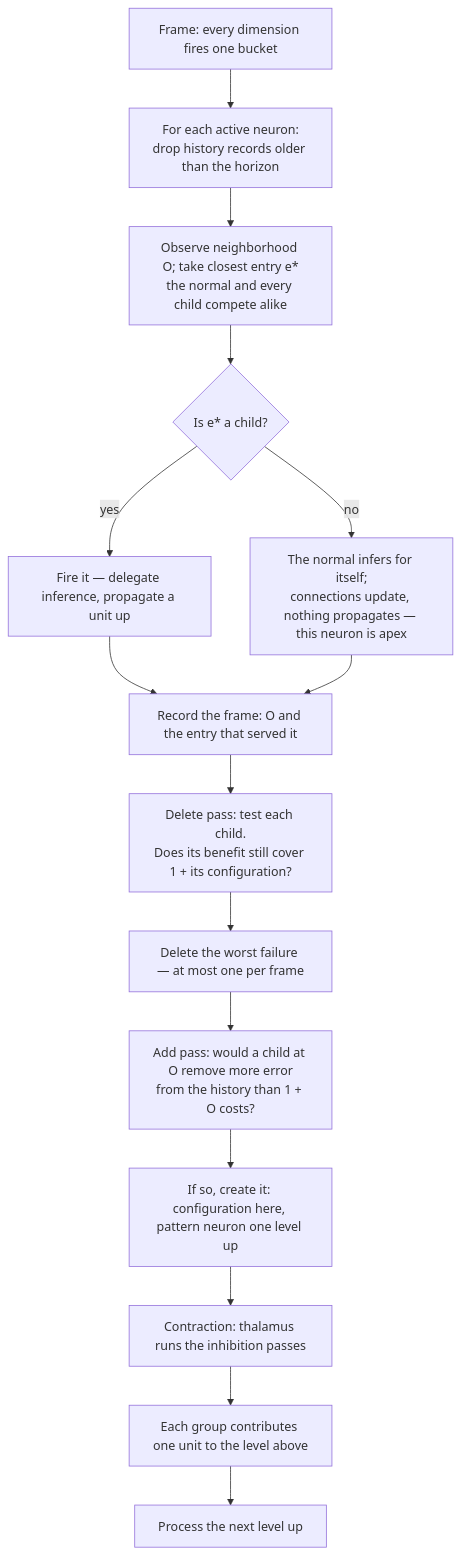
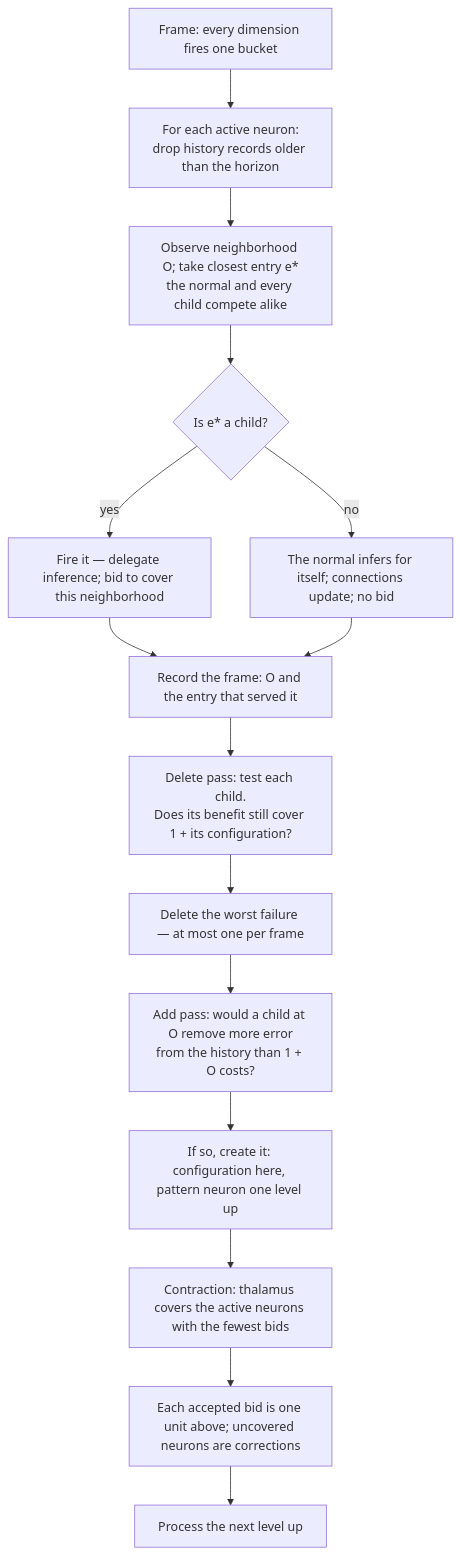
The diagram in docs/algorithm.md (cucar/robot_brain), drawn with Mermaid before and after one commit. The commit also changed other lines of this file, not shown here.

````diff
--- a/docs/algorithm.md
+++ b/docs/algorithm.md
@@ -493,17 +525,17 @@
 ```mermaid
 flowchart TD
     A["Frame: every dimension fires one bucket"] --> B["For each active neuron:<br/>drop history records older than the horizon"]
     B --> C["Observe neighborhood O; take closest entry e*<br/>the normal and every child compete alike"]
     C --> D{"Is e* a child?"}
-    D -->|yes| E["Fire it — delegate inference, propagate a unit up"]
-    D -->|no| F["The normal infers for itself;<br/>connections update, nothing propagates — this neuron is apex"]
+    D -->|yes| E["Fire it — delegate inference; bid to cover this neighborhood"]
+    D -->|no| F["The normal infers for itself; connections update; no bid"]
     E --> G["Record the frame: O and the entry that served it"]
     F --> G
     G --> H["Delete pass: test each child.<br/>Does its benefit still cover 1 + its configuration?"]
     H --> I["Delete the worst failure — at most one per frame"]
     I --> J["Add pass: would a child at O remove more error<br/>from the history than 1 + O costs?"]
     J --> K["If so, create it: configuration here, pattern neuron one level up"]
-    K --> L["Contraction: thalamus runs the inhibition passes"]
-    L --> M["Each group contributes one unit to the level above"]
+    K --> L["Contraction: thalamus covers the active neurons with the fewest bids"]
+    L --> M["Each accepted bid is one unit above; uncovered neurons are corrections"]
     M --> N["Process the next level up"]
 ```
````
